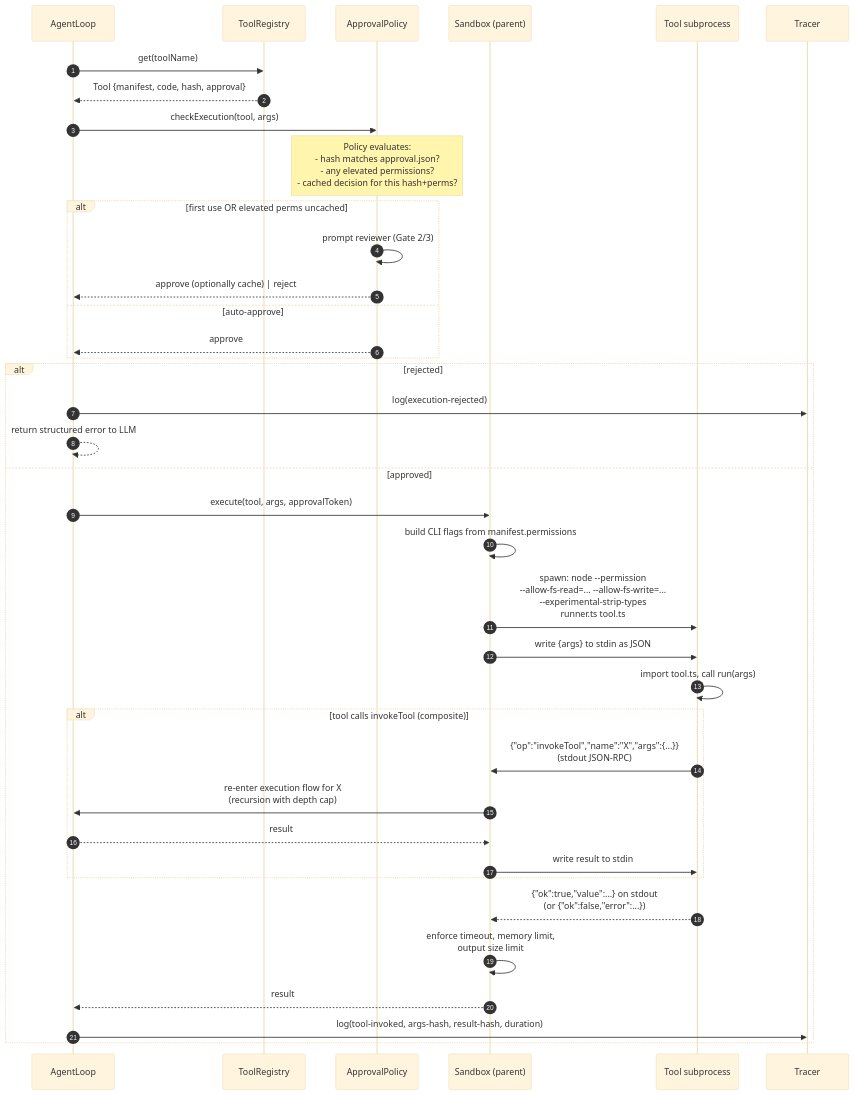
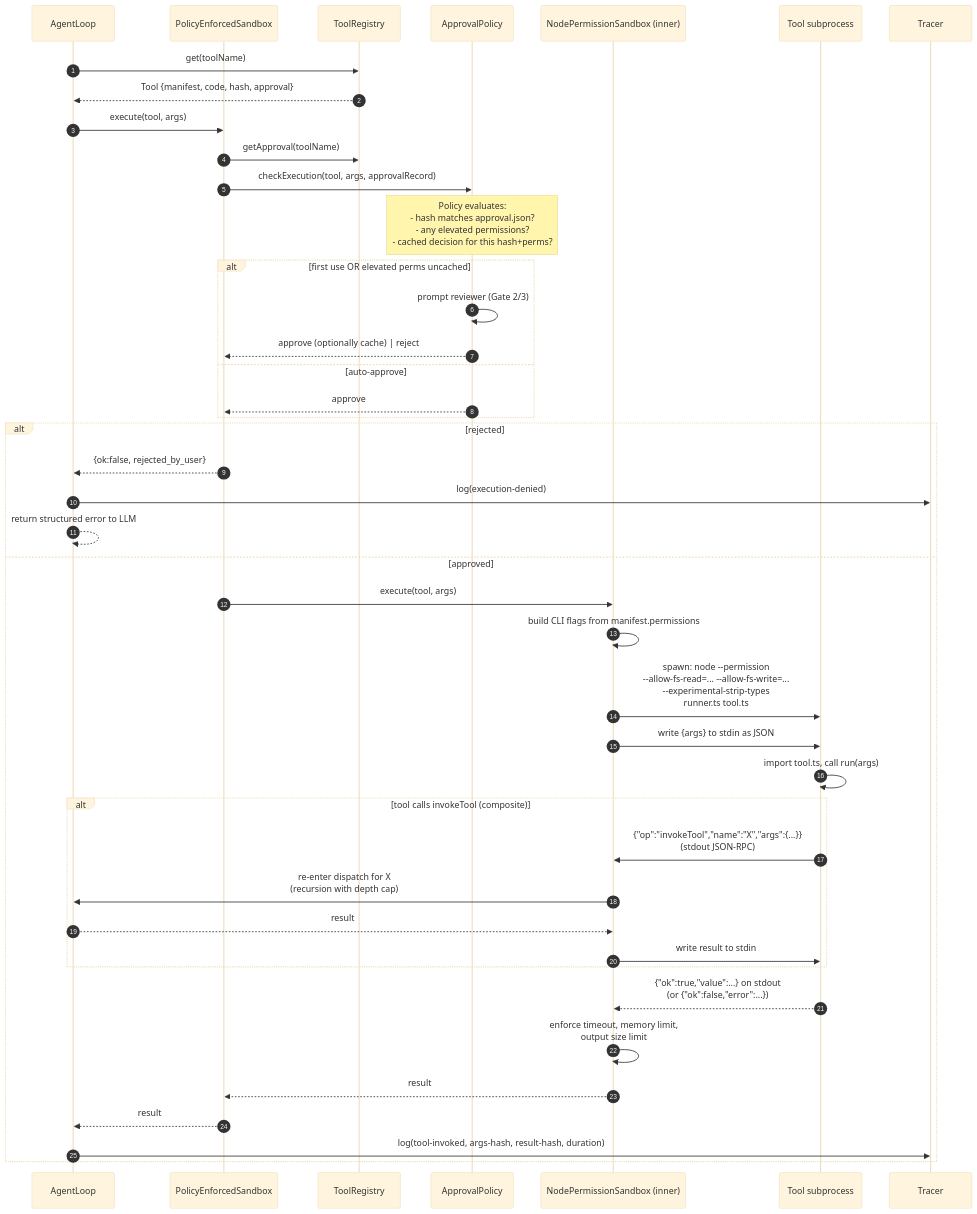
One commit to slior/meta-agent changed the third of 4 diagrams in docs/meta-tool-design.md. Above: the diagram before and after it, drawn with Mermaid (base theme). The commit also changed other lines of this file and 20 other files, not shown here.

First line of the commit message:
Refactor approval mechanism with PolicyEnforcedSandbox

````diff
--- a/docs/meta-tool-design.md
+++ b/docs/meta-tool-design.md
@@ -257,41 +265,46 @@
 ```mermaid
 sequenceDiagram
     autonumber
     participant A as AgentLoop
+    participant W as PolicyEnforcedSandbox
     participant R as ToolRegistry
     participant P as ApprovalPolicy
-    participant S as Sandbox (parent)
+    participant S as NodePermissionSandbox (inner)
     participant C as Tool subprocess
     participant T as Tracer
 
     A->>R: get(toolName)
     R-->>A: Tool {manifest, code, hash, approval}
-    A->>P: checkExecution(tool, args)
+    A->>W: execute(tool, args)
+    W->>R: getApproval(toolName)
+    W->>P: checkExecution(tool, args, approvalRecord)
     Note over P: Policy evaluates:<br/>- hash matches approval.json?<br/>- any elevated permissions?<br/>- cached decision for this hash+perms?
     alt first use OR elevated perms uncached
         P->>P: prompt reviewer (Gate 2/3)
-        P-->>A: approve (optionally cache) | reject
+        P-->>W: approve (optionally cache) | reject
     else auto-approve
-        P-->>A: approve
+        P-->>W: approve
     end
     alt rejected
-        A->>T: log(execution-rejected)
+        W-->>A: {ok:false, rejected_by_user}
+        A->>T: log(execution-denied)
         A-->>A: return structured error to LLM
     else approved
-        A->>S: execute(tool, args, approvalToken)
+        W->>S: execute(tool, args)
         S->>S: build CLI flags from manifest.permissions
         S->>C: spawn: node --permission<br/>--allow-fs-read=... --allow-fs-write=...<br/>--experimental-strip-types<br/>runner.ts tool.ts
         S->>C: write {args} to stdin as JSON
         C->>C: import tool.ts, call run(args)
         alt tool calls invokeTool (composite)
             C->>S: {"op":"invokeTool","name":"X","args":{...}}<br/>(stdout JSON-RPC)
-            S->>A: re-enter execution flow for X<br/>(recursion with depth cap)
+            S->>A: re-enter dispatch for X<br/>(recursion with depth cap)
             A-->>S: result
             S->>C: write result to stdin
         end
         C-->>S: {"ok":true,"value":...} on stdout<br/>(or {"ok":false,"error":...})
         S->>S: enforce timeout, memory limit,<br/>output size limit
-        S-->>A: result
+        S-->>W: result
+        W-->>A: result
         A->>T: log(tool-invoked, args-hash, result-hash, duration)
     end
 ```
````
